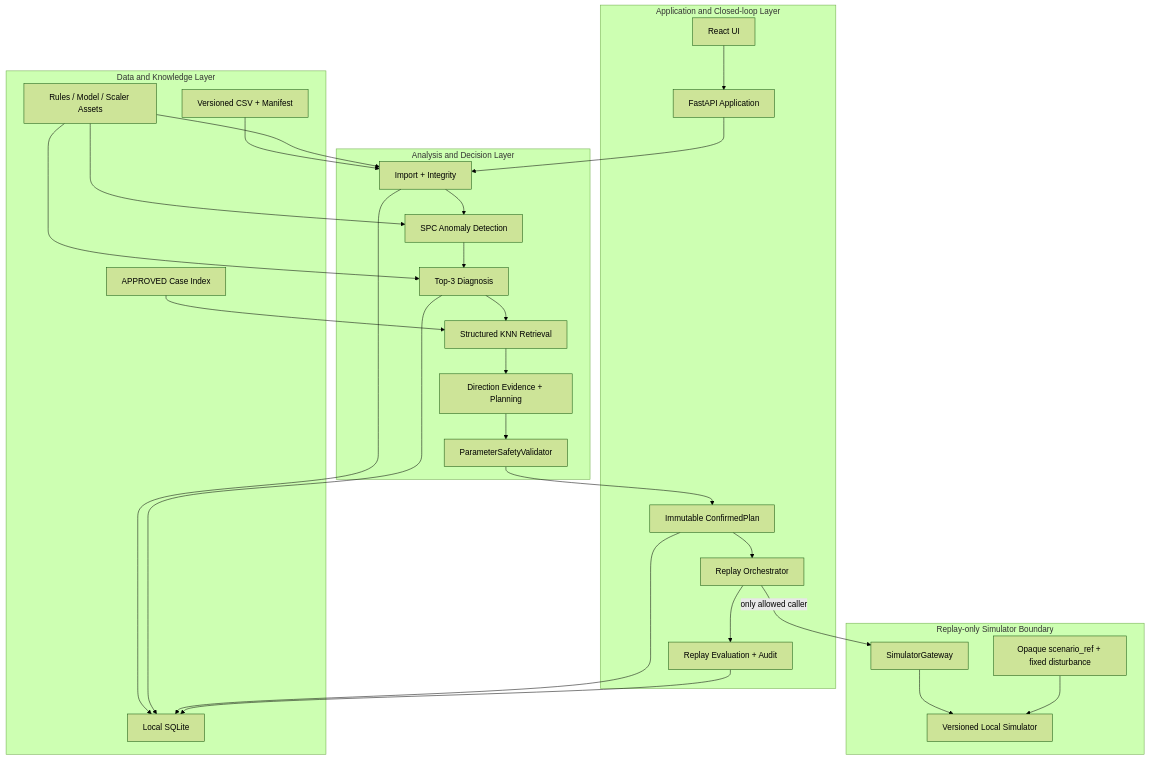
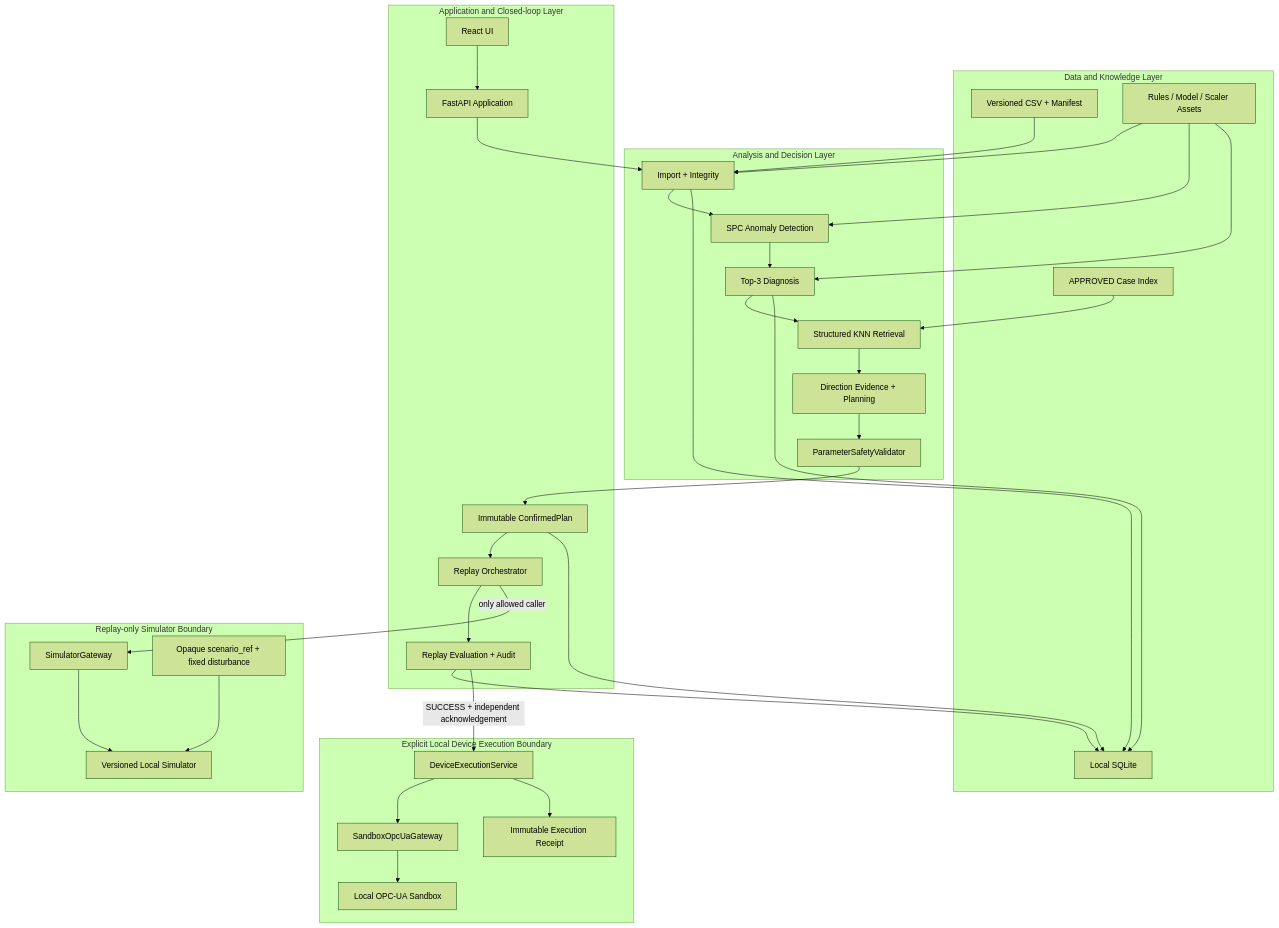
The second of 2 diagrams in README.md (gakialter/TuneWise), drawn with Mermaid (forest theme) before and after one commit. The commit also changed other lines of this file and 52 other files, not shown here.

First line of the commit message:
feat: add semifinal device execution and shadow validation

````diff
--- a/README.md
+++ b/README.md
@@ -65,48 +70,57 @@
 ```mermaid
 flowchart TB
     subgraph DK["Data and Knowledge Layer"]
         CSV["Versioned CSV + Manifest"]
         ASSETS["Rules / Model / Scaler Assets"]
         CASES["APPROVED Case Index"]
         DB["Local SQLite"]
     end
 
     subgraph AD["Analysis and Decision Layer"]
         IMPORT["Import + Integrity"]
         SPC["SPC Anomaly Detection"]
         DIAG["Top-3 Diagnosis"]
         KNN["Structured KNN Retrieval"]
         PLAN["Direction Evidence + Planning"]
         VALIDATOR["ParameterSafetyValidator"]
     end
 
     subgraph APP["Application and Closed-loop Layer"]
         UI["React UI"]
         API["FastAPI Application"]
         CONFIRM["Immutable ConfirmedPlan"]
         REPLAY["Replay Orchestrator"]
         EVAL["Replay Evaluation + Audit"]
     end
 
     subgraph SIM["Replay-only Simulator Boundary"]
         GATEWAY["SimulatorGateway"]
         ENGINE["Versioned Local Simulator"]
         HIDDEN["Opaque scenario_ref + fixed disturbance"]
     end
 
+    subgraph DEVICE["Explicit Local Device Execution Boundary"]
+        EXEC["DeviceExecutionService"]
+        OPCUA["SandboxOpcUaGateway"]
+        LOCAL["Local OPC-UA Sandbox"]
+        RECEIPT["Immutable Execution Receipt"]
+    end
+
     CSV --> IMPORT
     ASSETS --> IMPORT
     ASSETS --> SPC
     ASSETS --> DIAG
     CASES --> KNN
     IMPORT --> SPC --> DIAG --> KNN --> PLAN --> VALIDATOR
     UI --> API
     API --> IMPORT
     VALIDATOR --> CONFIRM --> REPLAY --> EVAL
     IMPORT --> DB
     DIAG --> DB
     CONFIRM --> DB
     EVAL --> DB
     REPLAY -->|"only allowed caller"| GATEWAY --> ENGINE
     HIDDEN --> ENGINE
+    EVAL -->|"SUCCESS + independent acknowledgement"| EXEC --> OPCUA --> LOCAL
+    EXEC --> RECEIPT
 ```
````
